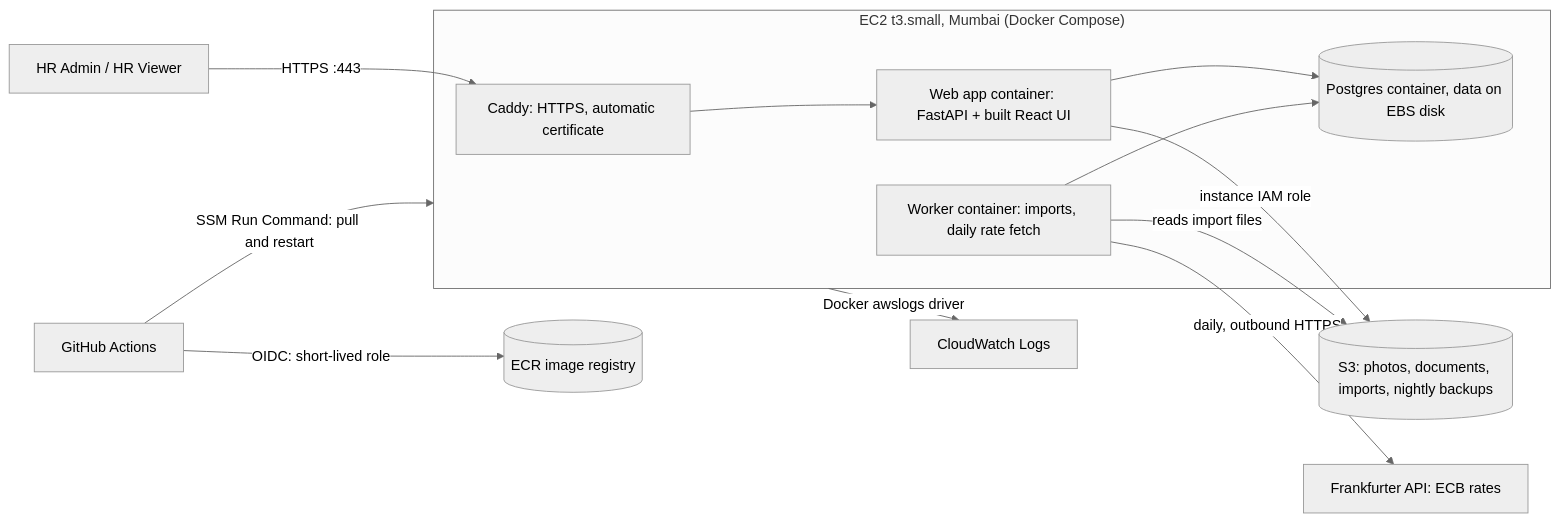
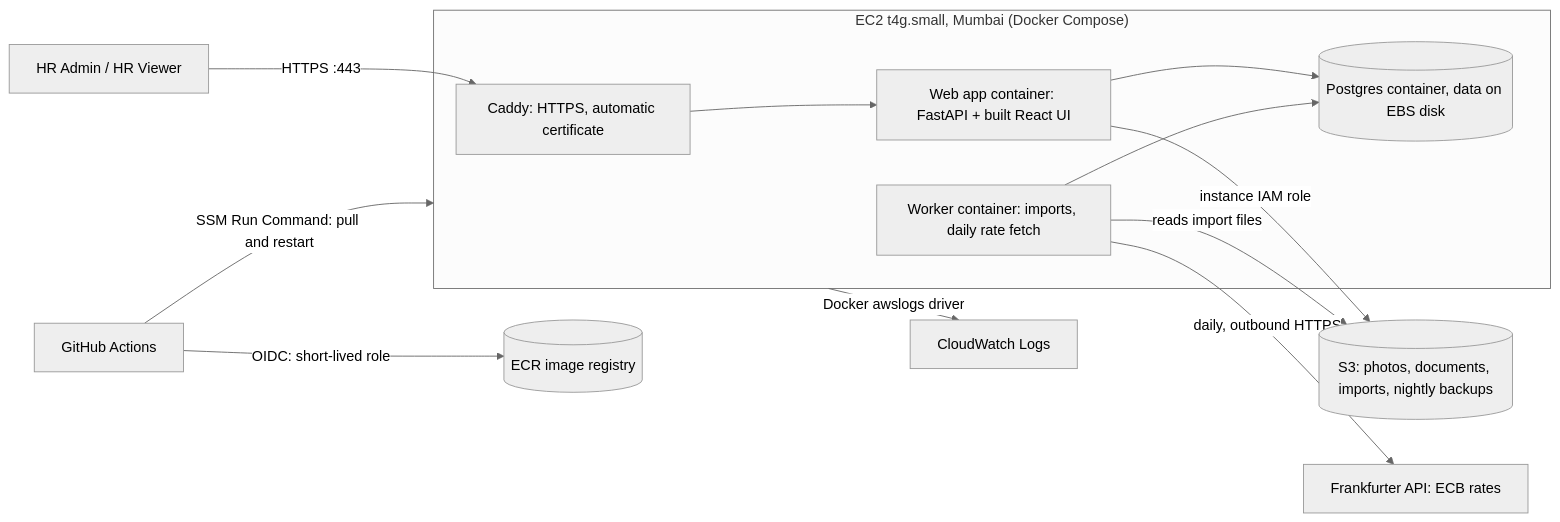
The diagram in docs/design/06-DEPLOYMENT.md (ujjawalkant09/acme-salary-management), drawn with Mermaid (neutral theme) before and after one commit. The commit also changed other lines of this file and 2 other files, not shown here.

````diff
--- a/docs/design/06-DEPLOYMENT.md
+++ b/docs/design/06-DEPLOYMENT.md
@@ -33,15 +33,15 @@
 ```mermaid
 flowchart LR
     User[HR Admin / HR Viewer] -- "HTTPS :443" --> Caddy
-    subgraph EC2["EC2 t3.small, Mumbai (Docker Compose)"]
+    subgraph EC2["EC2 t4g.small, Mumbai (Docker Compose)"]
       Caddy[Caddy: HTTPS, automatic certificate] --> App[Web app container: FastAPI + built React UI]
       App --> PG[(Postgres container, data on EBS disk)]
       Worker[Worker container: imports, daily rate fetch] --> PG
     end
     App -- "instance IAM role" --> S3[(S3: photos, documents, imports, nightly backups)]
     Worker -- "reads import files" --> S3
     Worker -- "daily, outbound HTTPS" --> FX[Frankfurter API: ECB rates]
     EC2 -- "Docker awslogs driver" --> CW[CloudWatch Logs]
     GHA[GitHub Actions] -- "OIDC: short-lived role" --> ECR[(ECR image registry)]
     GHA -- "SSM Run Command: pull and restart" --> EC2
 ```
````
